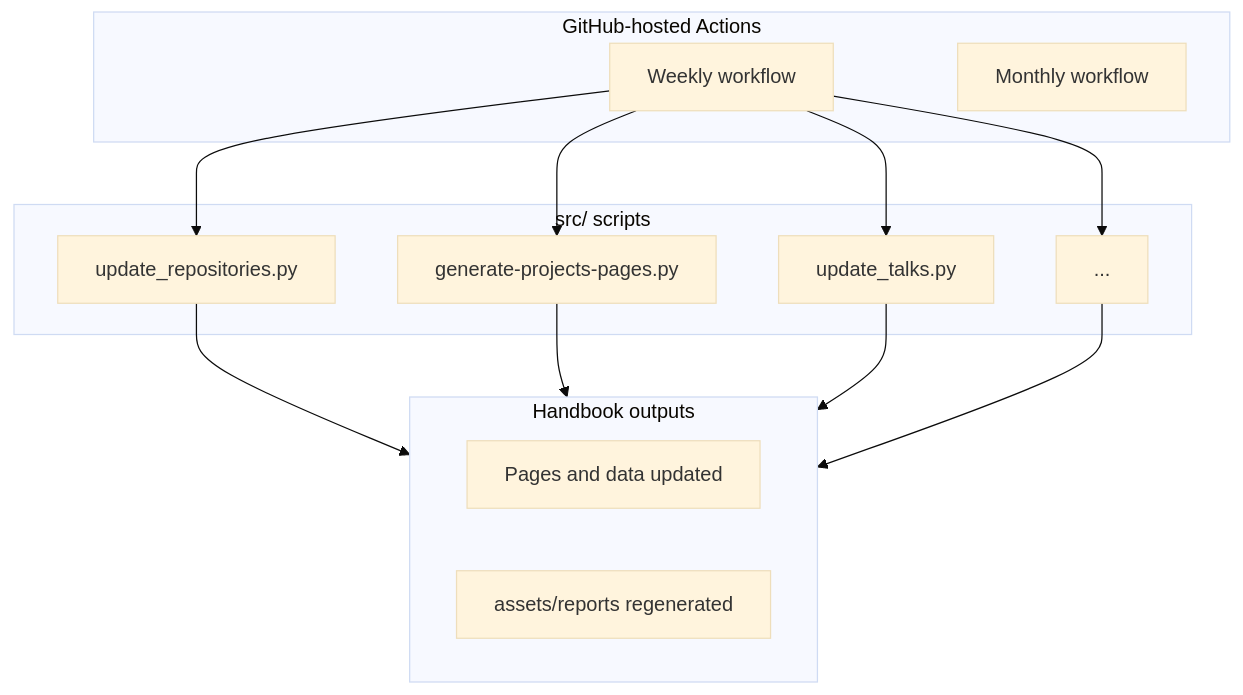
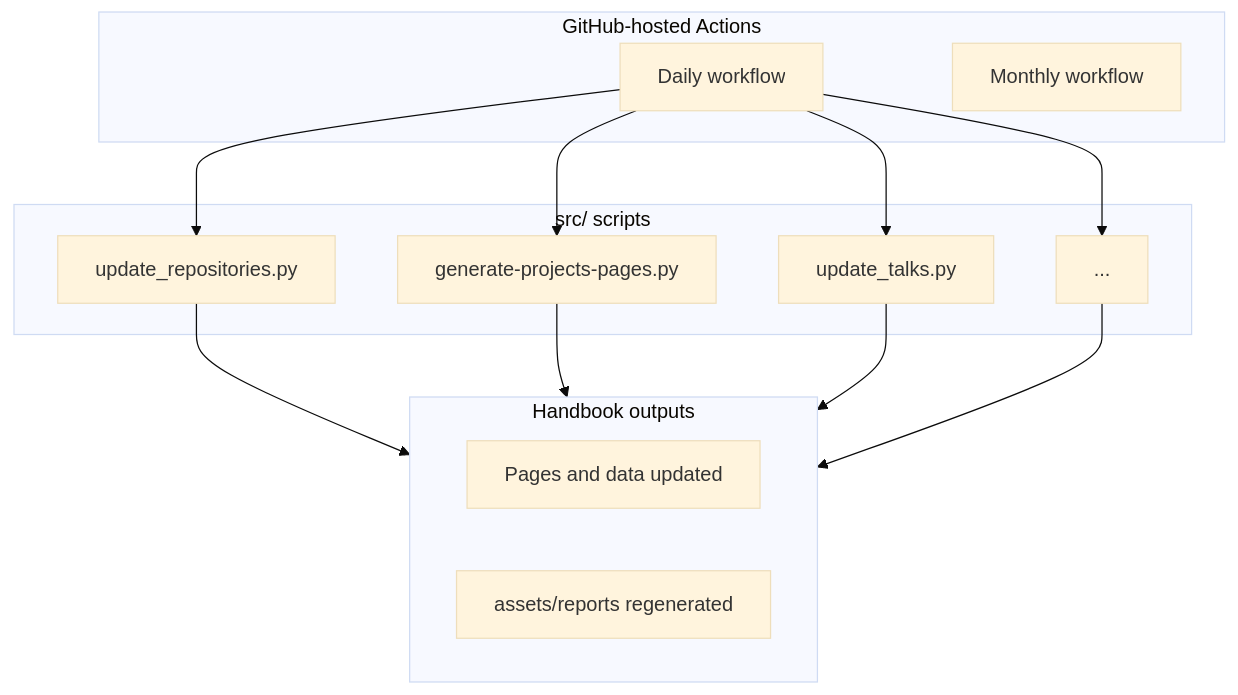
One commit to fs-ise/handbook changed the diagram in management/handbook.qmd. Above: the diagram before and after it, drawn with Mermaid (base theme). The commit also changed 7 other files, not shown here.

````diff
--- a/management/handbook.qmd
+++ b/management/handbook.qmd
@@ -55,25 +55,25 @@
 ```{mermaid}
 flowchart TD
 
   subgraph RUN[GitHub-hosted Actions]
-    WR[Weekly workflow]
+    WR[Daily workflow]
     MR[Monthly workflow]
   end
 
   subgraph SCRIPTS[src/ scripts]
     R1[update_repositories.py]
     R2[generate-projects-pages.py]
     R3[update_talks.py]
     R4[...]
   end
 
   subgraph OUT[Handbook outputs]
     O1[Pages and data updated]
     O2[assets/reports regenerated]
   end
 
   WR --> R1 --> OUT
   WR --> R2 --> OUT
   WR --> R3 --> OUT
   WR --> R4 --> OUT
 ```
````
